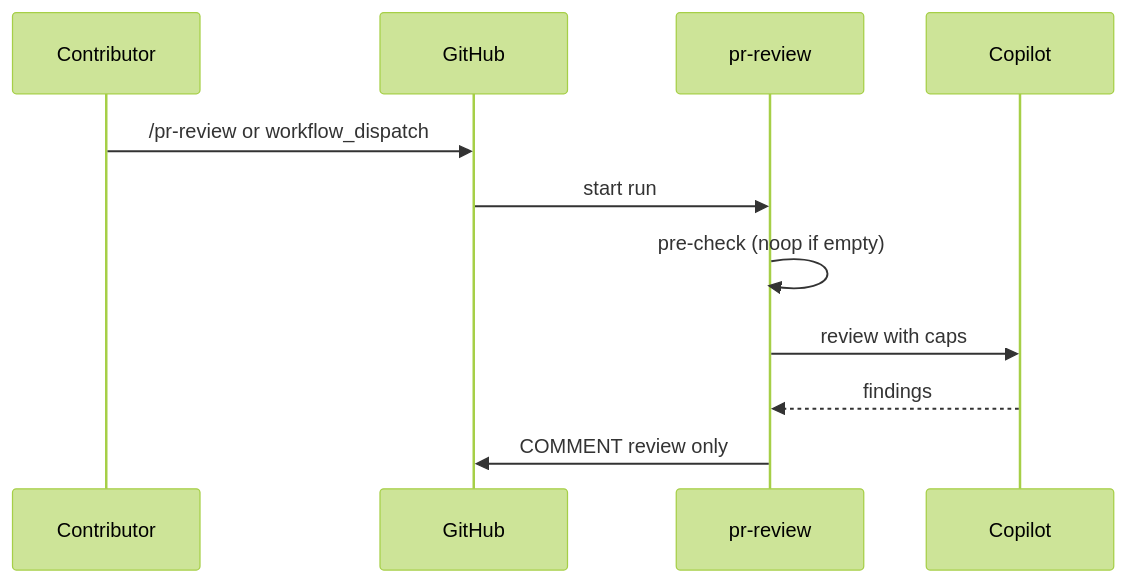
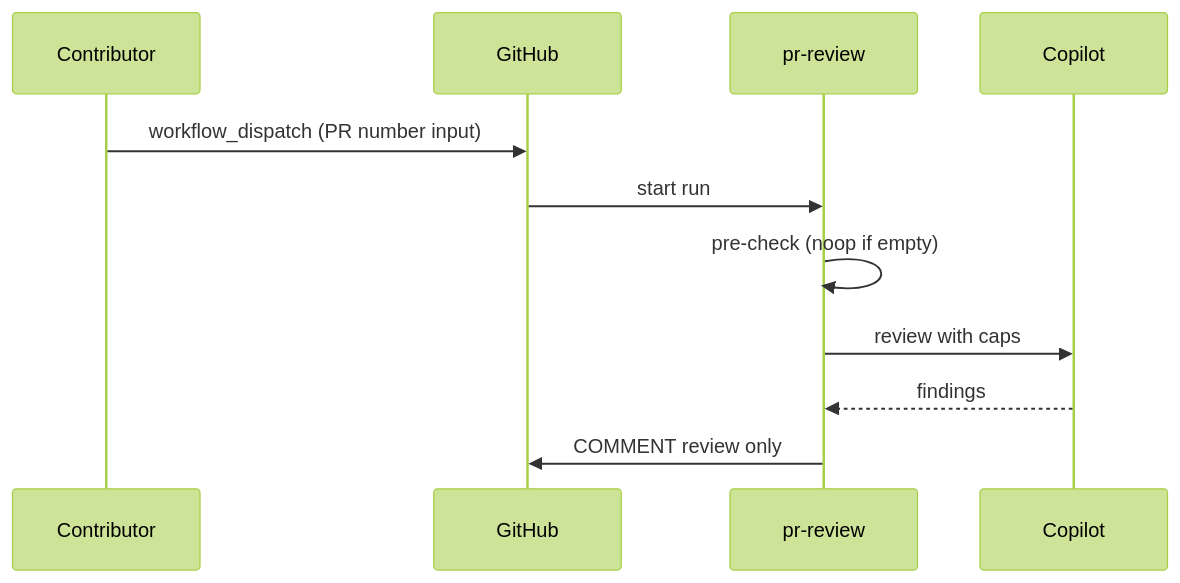
The diagram in docs/pbi/agent-factory/F01-pr-review.md (svennijhuis/agentic-workflows), drawn with Mermaid (forest theme) before and after one commit. The commit also changed other lines of this file and 13 other files, not shown here.

````diff
--- a/docs/pbi/agent-factory/F01-pr-review.md
+++ b/docs/pbi/agent-factory/F01-pr-review.md
@@ -54,13 +52,13 @@
 ```mermaid
 sequenceDiagram
   participant Dev as Contributor
   participant GH as GitHub
   participant WF as pr-review
   participant Agent as Copilot
-  Dev->>GH: /pr-review or workflow_dispatch
+  Dev->>GH: workflow_dispatch (PR number input)
   GH->>WF: start run
   WF->>WF: pre-check (noop if empty)
   WF->>Agent: review with caps
   Agent-->>WF: findings
   WF->>GH: COMMENT review only
 ```
````
